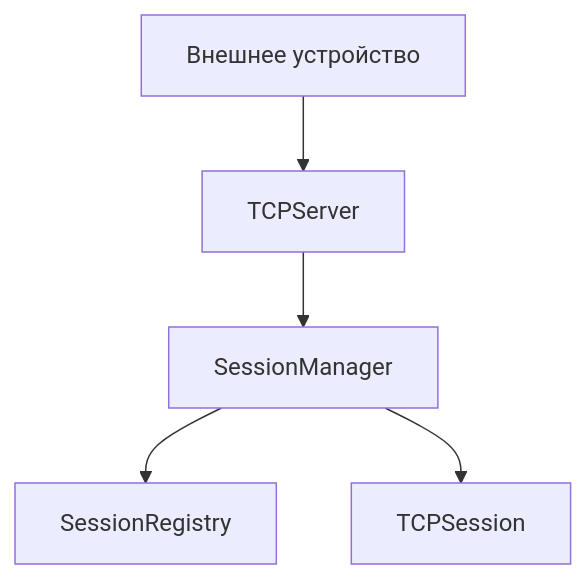
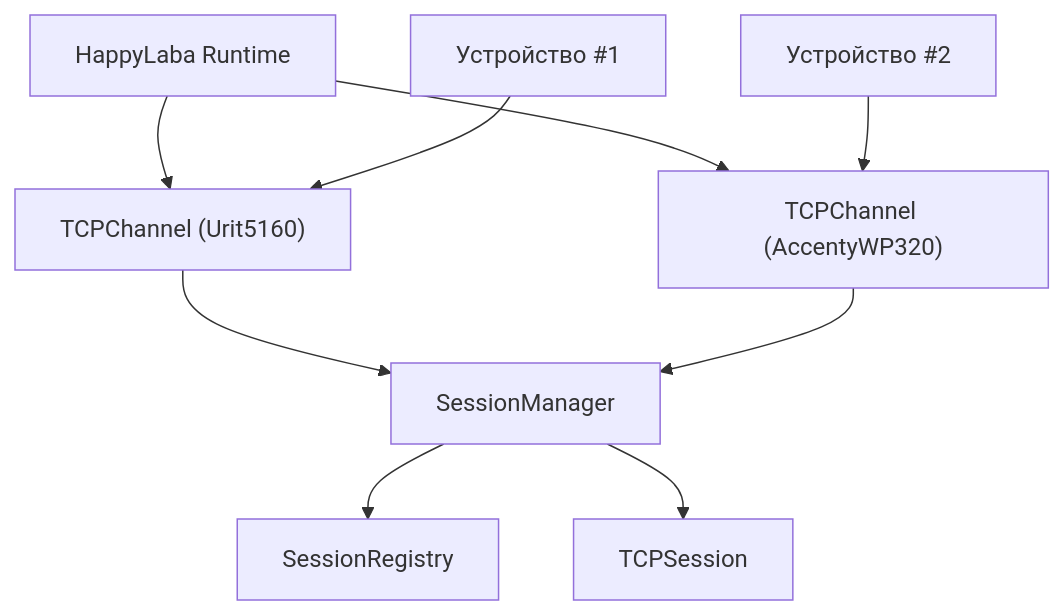
One commit to SameUsers/HappyLaba changed the first of 3 diagrams in docs/v0.0.2/tcp-server.md. Above: the diagram before and after it, drawn with Mermaid. The commit also changed other lines of this file and 3 other files, not shown here.

````diff
--- a/docs/v0.0.2/tcp-server.md
+++ b/docs/v0.0.2/tcp-server.md
@@ -15,21 +21,29 @@
 ```mermaid
 flowchart TD
 
-    Device[Внешнее устройство]
+    Runtime["HappyLaba Runtime"]
 
-    Server[TCPServer]
+    Channel1["TCPChannel (Urit5160)"]
+    Channel2["TCPChannel (AccentyWP320)"]
 
-    Manager[SessionManager]
+    Manager["SessionManager"]
 
-    Registry[SessionRegistry]
+    Registry["SessionRegistry"]
 
-    Session[TCPSession]
+    Session["TCPSession"]
 
-    Device --> Server
+    Device1["Устройство #1"]
+    Device2["Устройство #2"]
 
-    Server --> Manager
+    Runtime --> Channel1
+    Runtime --> Channel2
+
+    Device1 --> Channel1
+    Device2 --> Channel2
+
+    Channel1 --> Manager
+    Channel2 --> Manager
 
     Manager --> Registry
-
     Manager --> Session
 ```
````
